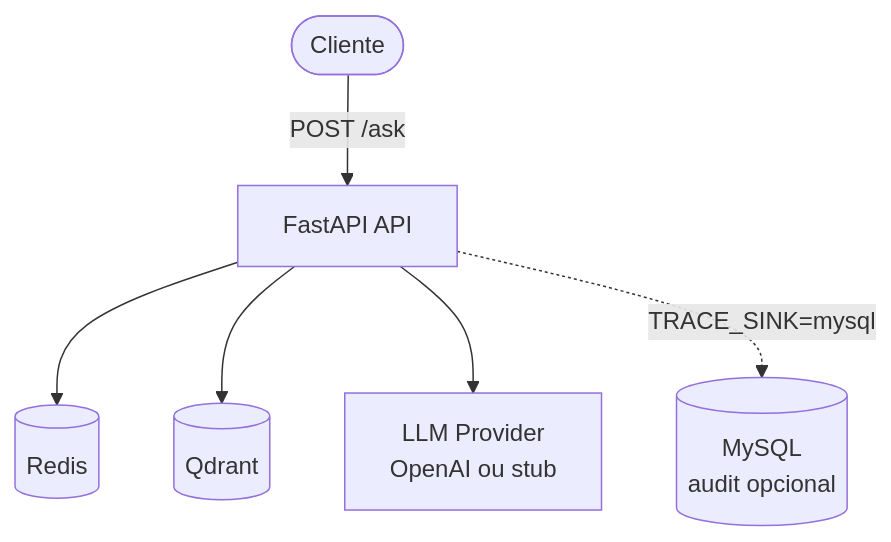
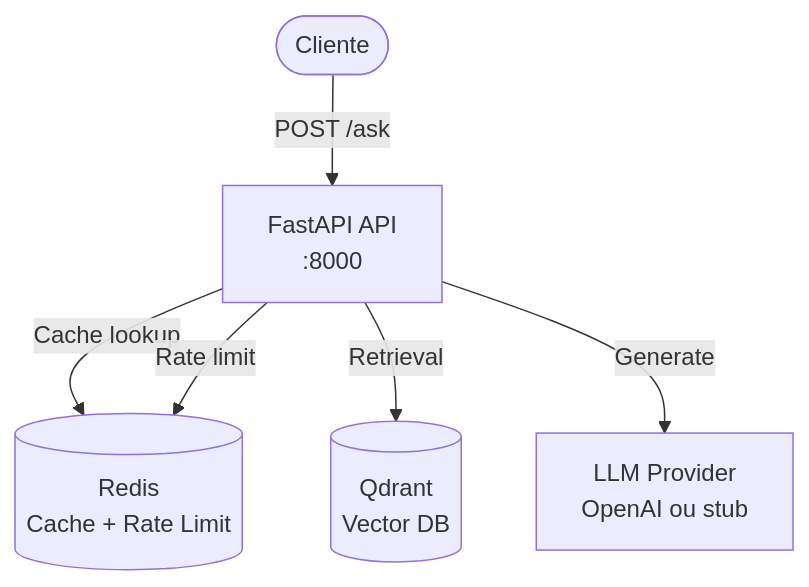
One commit to leopas/teste-overlabs changed the diagram in docs/architecture.md. Above: the diagram before and after it, drawn with Mermaid. The commit also changed other lines of this file and 41 other files, not shown here.

````diff
--- a/docs/architecture.md
+++ b/docs/architecture.md
@@ -15,15 +7,14 @@
 ```mermaid
 flowchart TB
     Client([Cliente])
-    API[FastAPI API]
-    Redis[(Redis)]
-    Qdrant[(Qdrant)]
-    LLM[LLM Provider\nOpenAI ou stub]
-    MySQL[(MySQL\naudit opcional)]
-
+    API[FastAPI API<br/>:8000]
+    Redis[(Redis<br/>Cache + Rate Limit)]
+    Qdrant[(Qdrant<br/>Vector DB)]
+    LLM[LLM Provider<br/>OpenAI ou stub]
+    
     Client -->|POST /ask| API
-    API --> Redis
-    API --> Qdrant
-    API --> LLM
-    API -.->|TRACE_SINK=mysql| MySQL
+    API -->|Cache lookup| Redis
+    API -->|Retrieval| Qdrant
+    API -->|Generate| LLM
+    API -->|Rate limit| Redis
 ```
````
